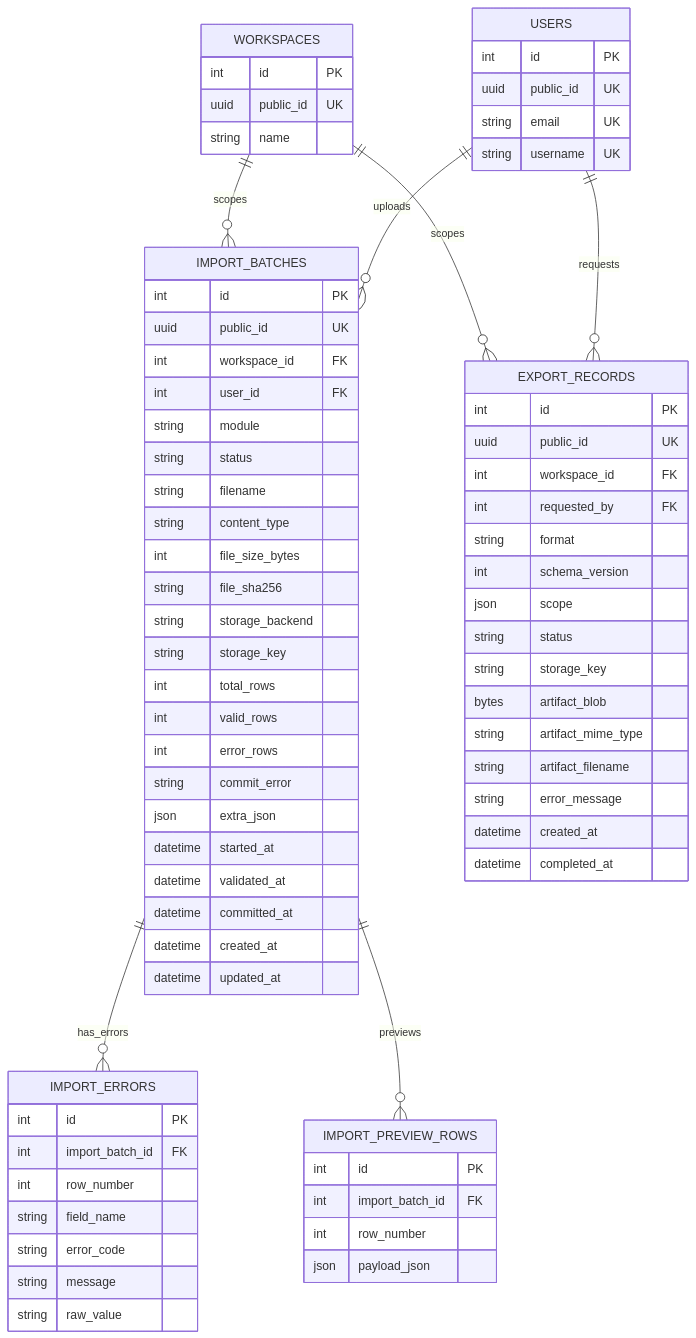
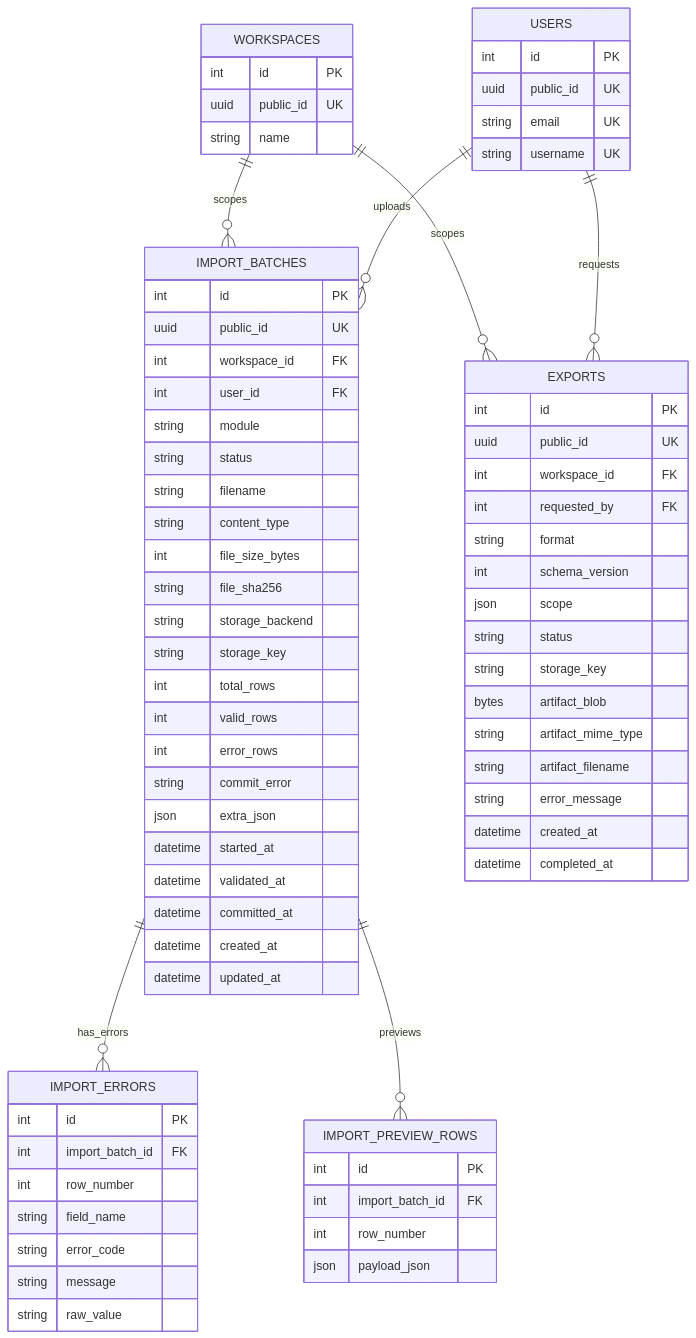
Before and after one commit to sajankp/lifestack-api: the eighth of 8 diagrams in docs/ERD.md, drawn with Mermaid. The commit also changed other lines of this file and 4 other files, not shown here.

First line of the commit message:
docs: fix documentation drift in JOBS, ERD, ARCHITECTURE, README, context

````diff
--- a/docs/ERD.md
+++ b/docs/ERD.md
@@ -729,82 +755,82 @@
 ```mermaid
 erDiagram
     USERS {
         int id PK
         uuid public_id UK
         string email UK
         string username UK
     }
 
     WORKSPACES {
         int id PK
         uuid public_id UK
         string name
     }
 
     IMPORT_BATCHES {
         int id PK
         uuid public_id UK
         int workspace_id FK
         int user_id FK
         string module
         string status
         string filename
         string content_type
         int file_size_bytes
         string file_sha256
         string storage_backend
         string storage_key
         int total_rows
         int valid_rows
         int error_rows
         string commit_error
         json extra_json
         datetime started_at
         datetime validated_at
         datetime committed_at
         datetime created_at
         datetime updated_at
     }
 
     IMPORT_ERRORS {
         int id PK
         int import_batch_id FK
         int row_number
         string field_name
         string error_code
         string message
         string raw_value
     }
 
     IMPORT_PREVIEW_ROWS {
         int id PK
         int import_batch_id FK
         int row_number
         json payload_json
     }
 
-    EXPORT_RECORDS {
+    EXPORTS {
         int id PK
         uuid public_id UK
         int workspace_id FK
         int requested_by FK
         string format
         int schema_version
         json scope
         string status
         string storage_key
         bytes artifact_blob
         string artifact_mime_type
         string artifact_filename
         string error_message
         datetime created_at
         datetime completed_at
     }
 
     WORKSPACES ||--o{ IMPORT_BATCHES : scopes
     USERS ||--o{ IMPORT_BATCHES : uploads
     IMPORT_BATCHES ||--o{ IMPORT_ERRORS : has_errors
     IMPORT_BATCHES ||--o{ IMPORT_PREVIEW_ROWS : previews
-    WORKSPACES ||--o{ EXPORT_RECORDS : scopes
-    USERS ||--o{ EXPORT_RECORDS : requests
+    WORKSPACES ||--o{ EXPORTS : scopes
+    USERS ||--o{ EXPORTS : requests
 ```
````
